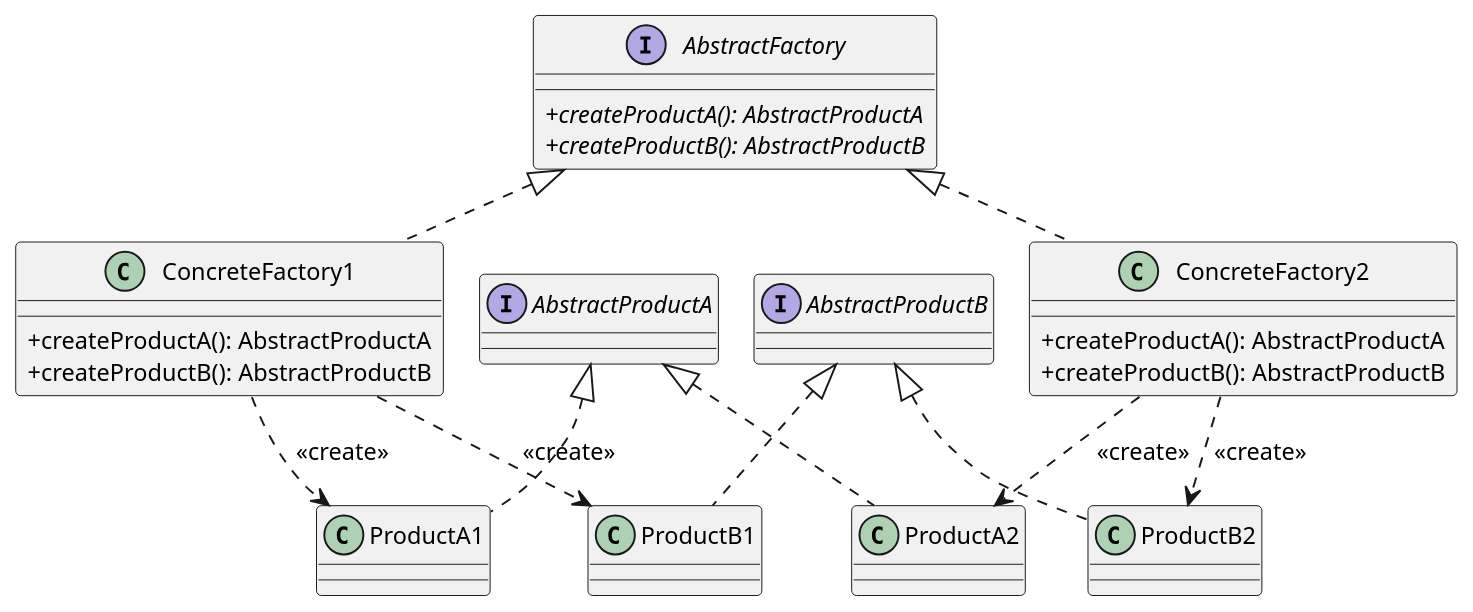
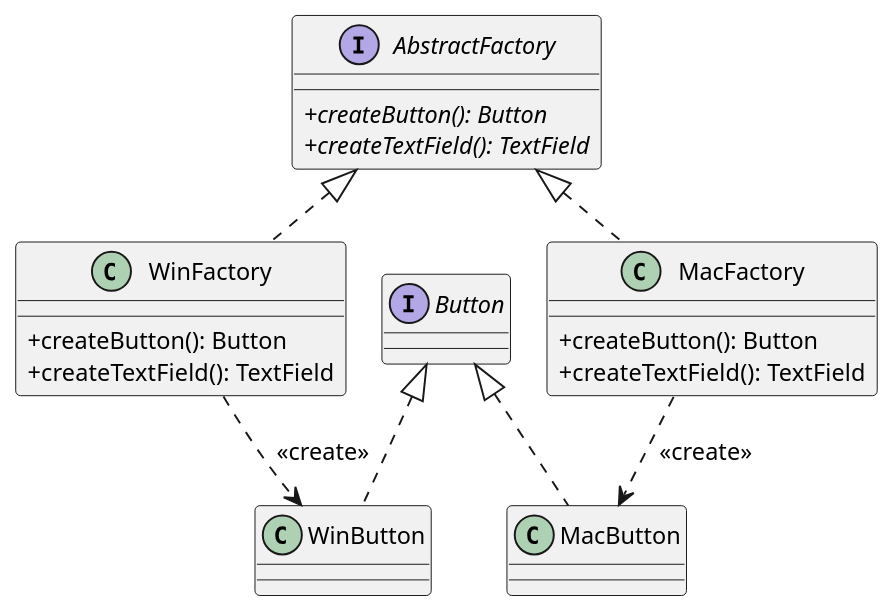
The third of 20 diagrams in 02-visual-diagrams/03-设计模式核心图谱与真题命题密码.md (cpsa3/software-designer-fast-pass), drawn with PlantUML before and after one commit. The commit also changed other lines of this file, not shown here.

Commit message:
refactor(design-patterns): flatten pattern cards, eliminate circle icons and nested lists, trim redundant text by 60%

````diff
--- a/02-visual-diagrams/03-设计模式核心图谱与真题命题密码.md
+++ b/02-visual-diagrams/03-设计模式核心图谱与真题命题密码.md
@@ -203,36 +160,30 @@
 ```plantuml
 @startuml
 !pragma layout smetana
 skinparam dpi 125
 skinparam defaultFontSize 12
 skinparam classAttributeIconSize 0
 
 interface AbstractFactory {
-    + {abstract} createProductA(): AbstractProductA
-    + {abstract} createProductB(): AbstractProductB
+    + {abstract} createButton(): Button
+    + {abstract} createTextField(): TextField
 }
 
-class ConcreteFactory1 implements AbstractFactory {
-    + createProductA(): AbstractProductA
-    + createProductB(): AbstractProductB
+class WinFactory implements AbstractFactory {
+    + createButton(): Button
+    + createTextField(): TextField
 }
 
-class ConcreteFactory2 implements AbstractFactory {
-    + createProductA(): AbstractProductA
-    + createProductB(): AbstractProductB
+class MacFactory implements AbstractFactory {
+    + createButton(): Button
+    + createTextField(): TextField
 }
 
-interface AbstractProductA
-class ProductA1 implements AbstractProductA
-class ProductA2 implements AbstractProductA
+interface Button
+class WinButton implements Button
+class MacButton implements Button
 
-interface AbstractProductB
-class ProductB1 implements AbstractProductB
-class ProductB2 implements AbstractProductB
-
-ConcreteFactory1 ..> ProductA1 : <<create>>
-ConcreteFactory1 ..> ProductB1 : <<create>>
-ConcreteFactory2 ..> ProductA2 : <<create>>
-ConcreteFactory2 ..> ProductB2 : <<create>>
+WinFactory ..> WinButton : <<create>>
+MacFactory ..> MacButton : <<create>>
 @enduml
 ```
````
